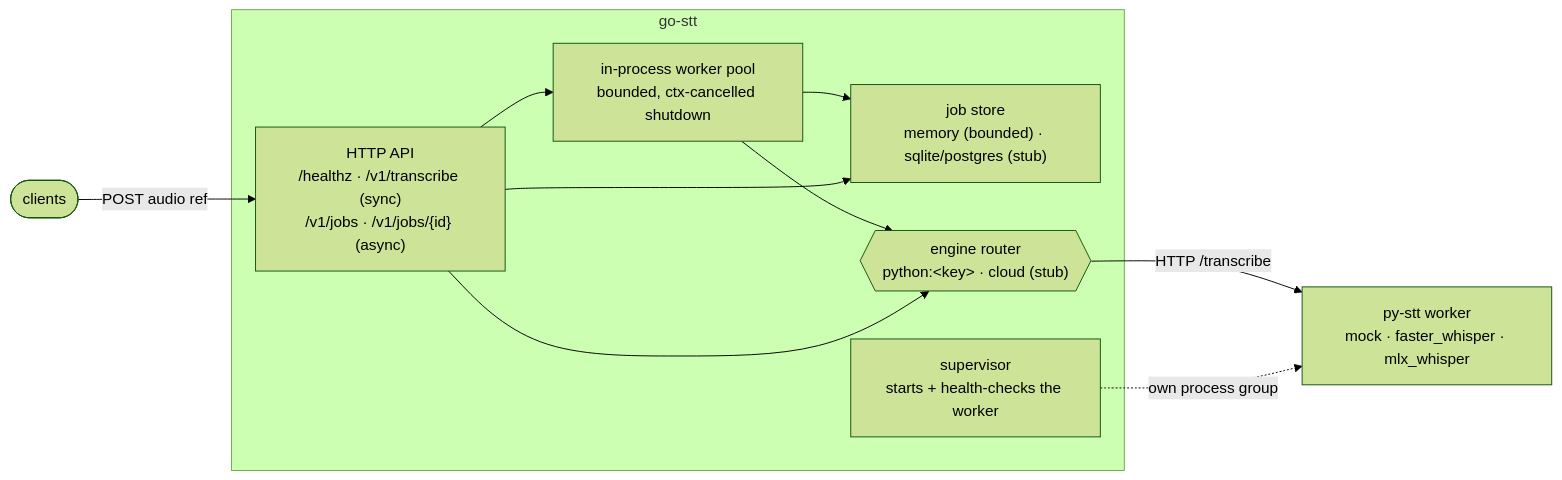
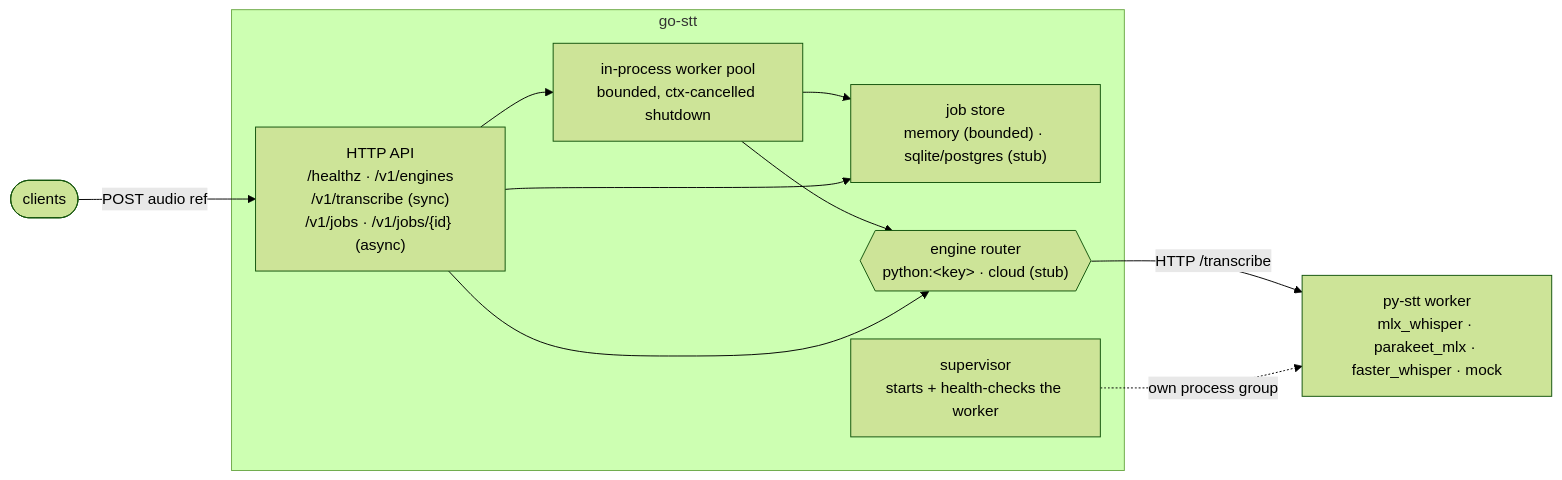
The diagram in README.md (selivanov-tech/go-stt), drawn with Mermaid (forest theme) before and after one commit. The commit also changed other lines of this file and 11 other files, not shown here.

````diff
--- a/README.md
+++ b/README.md
@@ -13,20 +13,20 @@
 ```mermaid
 flowchart LR
     client(["clients"])
 
     subgraph gostt ["go-stt"]
-        api["HTTP API<br/>/healthz · /v1/transcribe (sync)<br/>/v1/jobs · /v1/jobs/{id} (async)"]
+        api["HTTP API<br/>/healthz · /v1/engines<br/>/v1/transcribe (sync)<br/>/v1/jobs · /v1/jobs/{id} (async)"]
         queue["in-process worker pool<br/>bounded, ctx-cancelled shutdown"]
         store["job store<br/>memory (bounded) · sqlite/postgres (stub)"]
         engine{{"engine router<br/>python:&lt;key&gt; · cloud (stub)"}}
         sup["supervisor<br/>starts + health-checks the worker"]
         api --> queue --> engine
         api --> engine
         queue --> store
         api --> store
     end
 
     client -- "POST audio ref" --> api
-    engine -- "HTTP /transcribe" --> worker["py-stt worker<br/>mock · faster_whisper · mlx_whisper"]
+    engine -- "HTTP /transcribe" --> worker["py-stt worker<br/>mlx_whisper · parakeet_mlx · faster_whisper · mock"]
     sup -. "own process group" .-> worker
 ```
````
